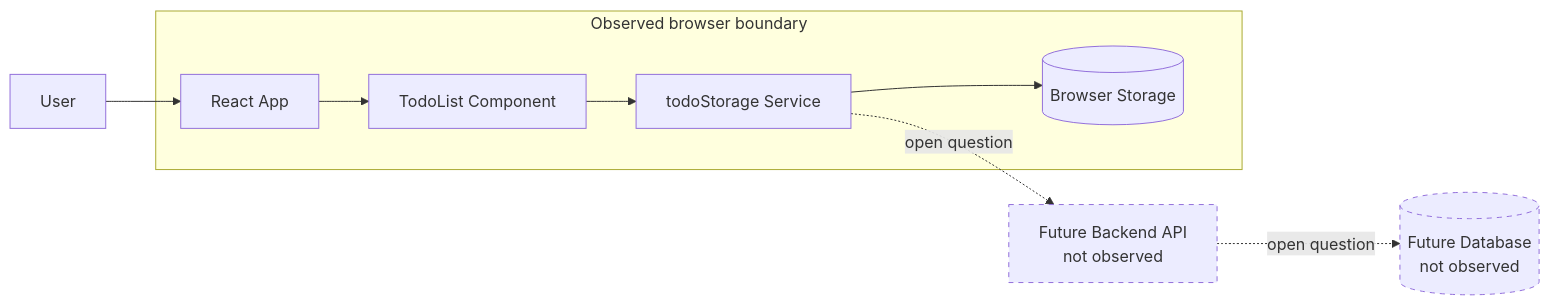
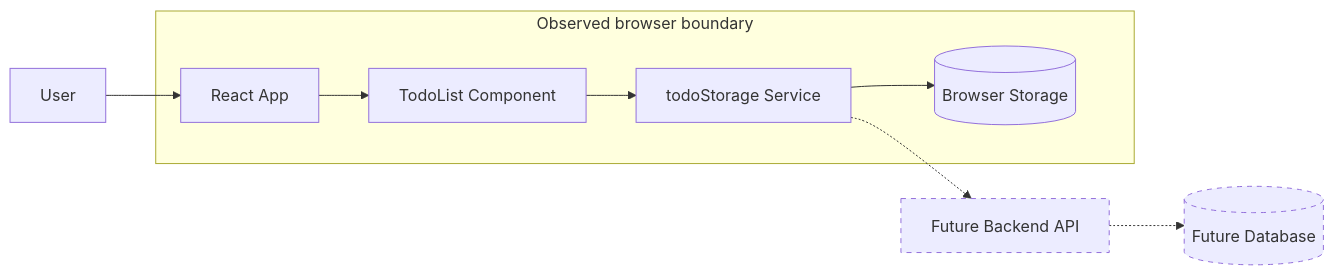
Before and after one commit to aetox-skills/senior-architect-agent: the diagram in examples/basic-web-app/output/system-boundary.md, drawn with Mermaid.

Commit message:
feat: add system boundary documentation for basic-web-app project

````diff
--- a/examples/basic-web-app/output/system-boundary.md
+++ b/examples/basic-web-app/output/system-boundary.md
@@ -65,22 +65,26 @@
 ```mermaid
 flowchart LR
+  %% Existing System Mapping Mode.
+  %% Future backend and database are not observed.
+  %% Dotted edges are open questions, not confirmed architecture.
+
   User[User] --> App
 
   subgraph Browser["Observed browser boundary"]
     App[React App]
     TodoList[TodoList Component]
     TodoStorage[todoStorage Service]
     BrowserStorage[(Browser Storage)]
     App --> TodoList
     TodoList --> TodoStorage
     TodoStorage --> BrowserStorage
   end
 
-  BackendAPI[Future Backend API<br/>not observed]:::future
-  Database[(Future Database<br/>not observed)]:::future
+  BackendAPI[Future Backend API]:::unknown
+  Database[(Future Database)]:::unknown
 
-  TodoStorage -. open question .-> BackendAPI
-  BackendAPI -. open question .-> Database
+  TodoStorage -.-> BackendAPI
+  BackendAPI -.-> Database
 
-  classDef future stroke-dasharray: 5 5;
+  classDef unknown stroke-dasharray: 5 5;
 ```
````
